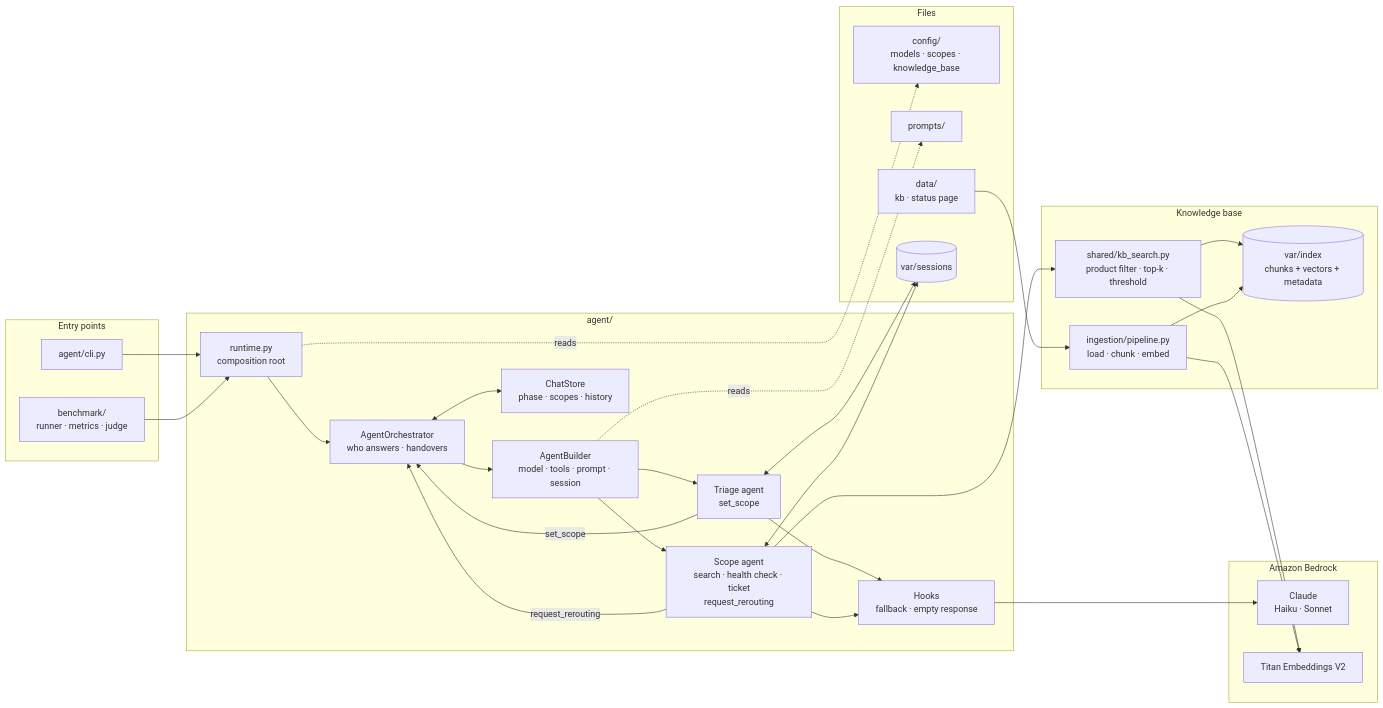
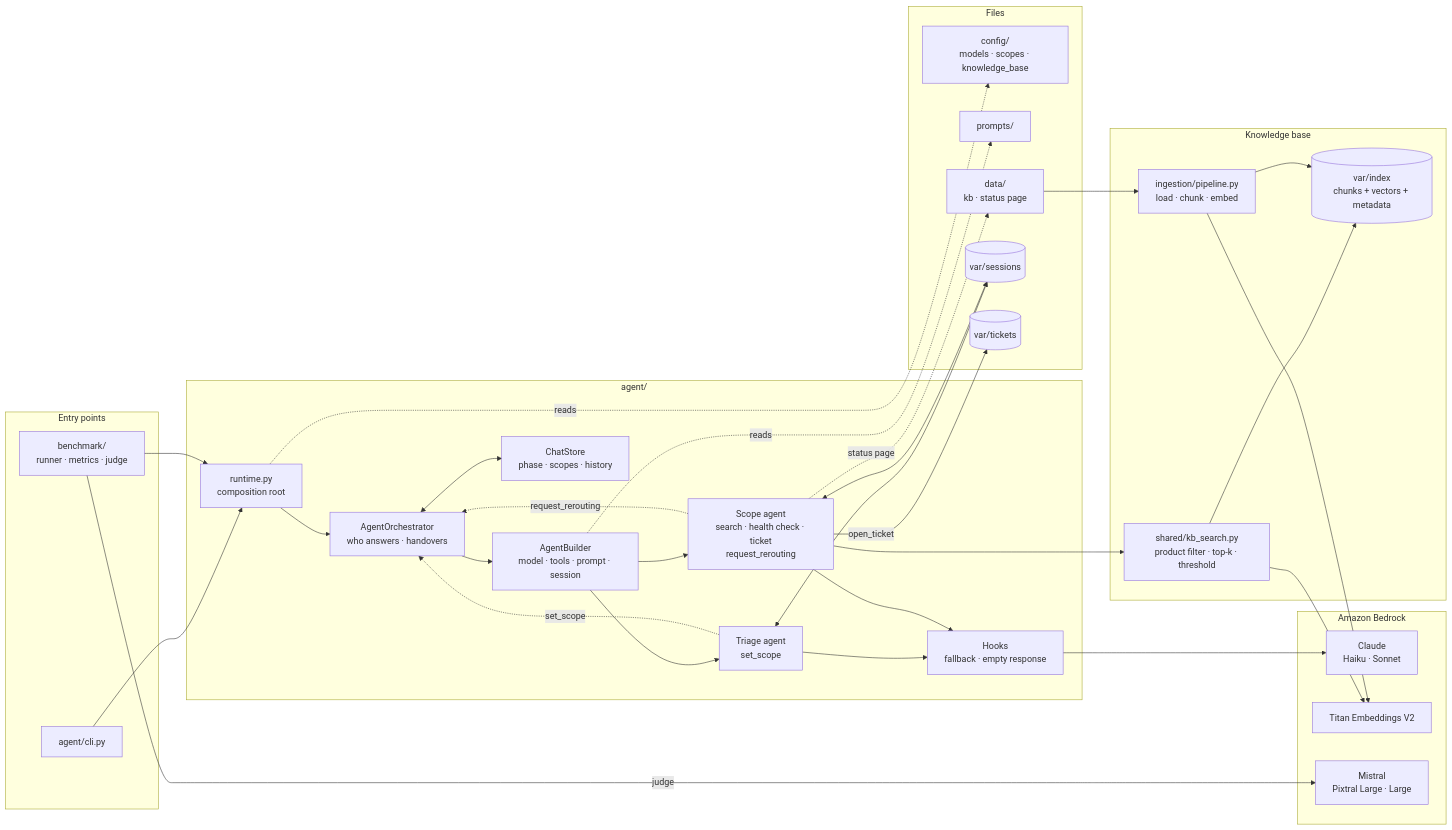
The diagram in docs/guide.md (fede1911/novacloud), drawn with Mermaid before and after one commit. The commit also changed other lines of this file and 1 other file, not shown here.

Commit message:
FIX mermaid charts

````diff
--- a/docs/guide.md
+++ b/docs/guide.md
@@ -76,53 +79,58 @@
 ```mermaid
 flowchart LR
     subgraph entry["Entry points"]
         CLI["agent/cli.py"]
         BENCH["benchmark/<br/>runner · metrics · judge"]
     end
 
     subgraph agent["agent/"]
         RT["runtime.py<br/>composition root"]
         ORC["AgentOrchestrator<br/>who answers · handovers"]
         BLD["AgentBuilder<br/>model · tools · prompt · session"]
         TRI["Triage agent<br/>set_scope"]
         SPC["Scope agent<br/>search · health check · ticket<br/>request_rerouting"]
         HK["Hooks<br/>fallback · empty response"]
         CS["ChatStore<br/>phase · scopes · history"]
     end
 
     subgraph rag["Knowledge base"]
         ING["ingestion/pipeline.py<br/>load · chunk · embed"]
         IDX[("var/index<br/>chunks + vectors + metadata")]
         RET["shared/kb_search.py<br/>product filter · top-k · threshold"]
     end
 
     subgraph aws["Amazon Bedrock"]
         CLAUDE["Claude<br/>Haiku · Sonnet"]
         TITAN["Titan Embeddings V2"]
+        MISTRAL["Mistral<br/>Pixtral Large · Large"]
     end
 
     subgraph files["Files"]
         CFG["config/<br/>models · scopes · knowledge_base"]
         PRM["prompts/"]
         DATA["data/<br/>kb · status page"]
         SES[("var/sessions")]
+        TCK[("var/tickets")]
     end
 
     CLI --> RT
     BENCH --> RT
     RT --> ORC
     RT -.reads.-> CFG
     ORC --> BLD
     ORC <--> CS
     BLD --> TRI
     BLD --> SPC
     BLD -.reads.-> PRM
-    TRI -- "set_scope" --> ORC
-    SPC -- "request_rerouting" --> ORC
+    TRI -.set_scope.-> ORC
+    SPC -.request_rerouting.-> ORC
     TRI & SPC <--> SES
     TRI & SPC --> HK --> CLAUDE
     SPC --> RET --> IDX
     RET --> TITAN
+    SPC -.status page.-> DATA
+    SPC -- "open_ticket" --> TCK
     DATA --> ING --> IDX
     ING --> TITAN
+    BENCH -- "judge" --> MISTRAL
 ```
````
